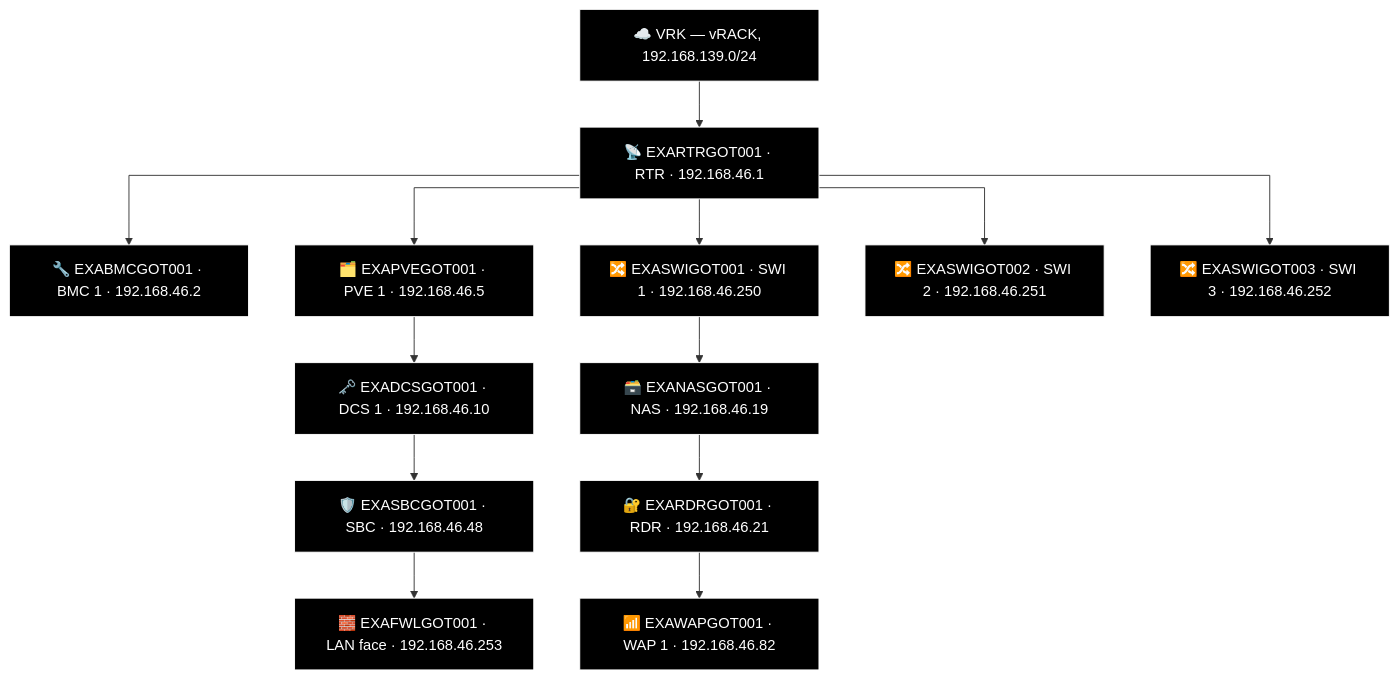
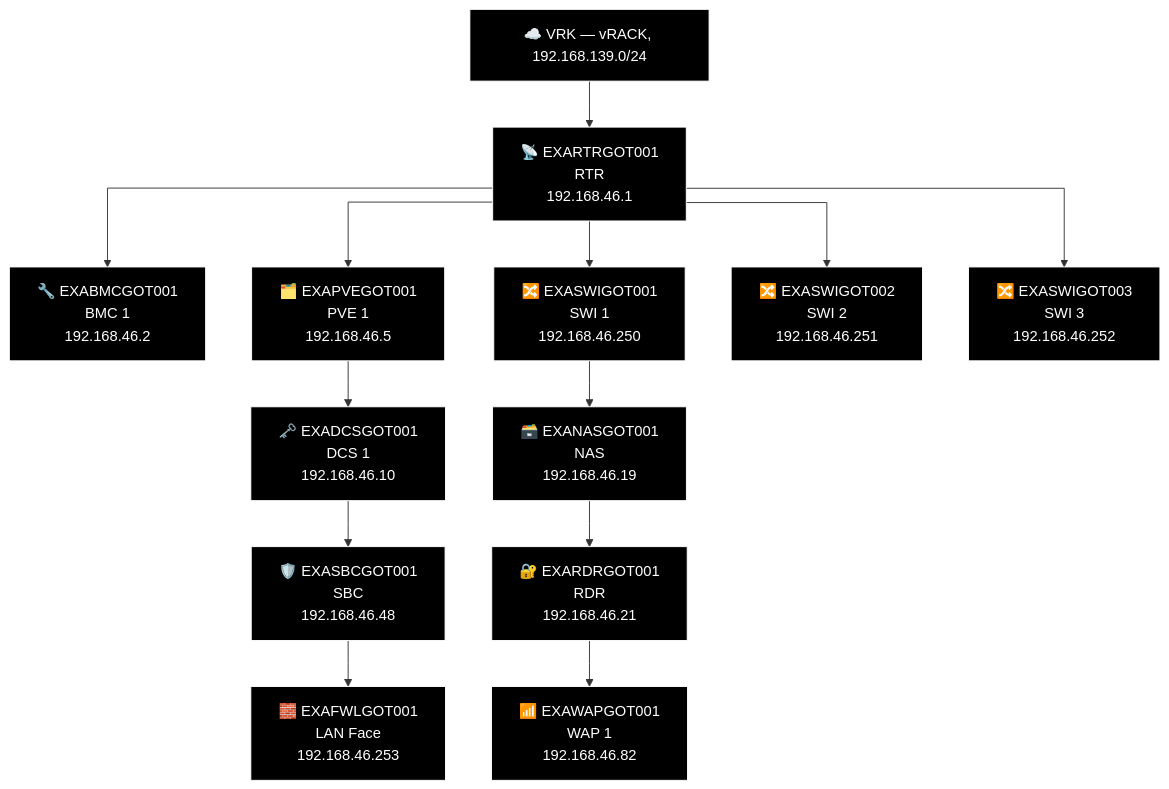
The second of 2 diagrams in docs/network-diagram/sverige.md (knightmare2600/example_music_infra), drawn with Mermaid before and after one commit. The commit also changed 18 other files, not shown here.

````diff
--- a/docs/network-diagram/sverige.md
+++ b/docs/network-diagram/sverige.md
@@ -42,40 +42,40 @@
 ```mermaid
 %% GENERATED:TOPOLOGY:GOT:START
 %%{init: {'flowchart': {'curve': 'stepAfter'}}}%%
 graph TD
     T_VRK["☁️ VRK — vRACK, 192.168.139.0/24"]
-    T_RTR["📡 EXARTRGOT001 · RTR · 192.168.46.1"]
+    T_RTR["📡 EXARTRGOT001<br/>RTR<br/>192.168.46.1"]
     T_VRK --> T_RTR
-    T_BMC["🔧 EXABMCGOT001 · BMC 1 · 192.168.46.2"]
+    T_BMC["🔧 EXABMCGOT001<br/>BMC 1<br/>192.168.46.2"]
     T_RTR --> T_BMC
-    T_PVE["🗂️ EXAPVEGOT001 · PVE 1 · 192.168.46.5"]
+    T_PVE["🗂️ EXAPVEGOT001<br/>PVE 1<br/>192.168.46.5"]
     T_RTR --> T_PVE
-    T_SWI["🔀 EXASWIGOT001 · SWI 1 · 192.168.46.250"]
+    T_SWI["🔀 EXASWIGOT001<br/>SWI 1<br/>192.168.46.250"]
     T_RTR --> T_SWI
-    T_SWI2["🔀 EXASWIGOT002 · SWI 2 · 192.168.46.251"]
+    T_SWI2["🔀 EXASWIGOT002<br/>SWI 2<br/>192.168.46.251"]
     T_RTR --> T_SWI2
-    T_SWI3["🔀 EXASWIGOT003 · SWI 3 · 192.168.46.252"]
+    T_SWI3["🔀 EXASWIGOT003<br/>SWI 3<br/>192.168.46.252"]
     T_RTR --> T_SWI3
-    T_NAS["🗃️ EXANASGOT001 · NAS · 192.168.46.19"]
-    T_RDR["🔐 EXARDRGOT001 · RDR · 192.168.46.21"]
-    T_WAP["📶 EXAWAPGOT001 · WAP 1 · 192.168.46.82"]
+    T_NAS["🗃️ EXANASGOT001<br/>NAS<br/>192.168.46.19"]
+    T_RDR["🔐 EXARDRGOT001<br/>RDR<br/>192.168.46.21"]
+    T_WAP["📶 EXAWAPGOT001<br/>WAP 1<br/>192.168.46.82"]
     T_SWI --> T_NAS --> T_RDR --> T_WAP
-    T_DCS["🗝️ EXADCSGOT001 · DCS 1 · 192.168.46.10"]
-    T_SBC["🛡️ EXASBCGOT001 · SBC · 192.168.46.48"]
-    T_FWL["🧱 EXAFWLGOT001 · LAN face · 192.168.46.253"]
+    T_DCS["🗝️ EXADCSGOT001<br/>DCS 1<br/>192.168.46.10"]
+    T_SBC["🛡️ EXASBCGOT001<br/>SBC<br/>192.168.46.48"]
+    T_FWL["🧱 EXAFWLGOT001<br/>LAN Face<br/>192.168.46.253"]
     T_PVE --> T_DCS --> T_SBC --> T_FWL
     style T_VRK fill:#000000,stroke:#FFFFFF,color:#FFFFFF
     style T_RTR fill:#000000,stroke:#FFFFFF,color:#FFFFFF
     style T_BMC fill:#000000,stroke:#FFFFFF,color:#FFFFFF
     style T_PVE fill:#000000,stroke:#FFFFFF,color:#FFFFFF
     style T_SWI fill:#000000,stroke:#FFFFFF,color:#FFFFFF
     style T_SWI2 fill:#000000,stroke:#FFFFFF,color:#FFFFFF
     style T_SWI3 fill:#000000,stroke:#FFFFFF,color:#FFFFFF
     style T_NAS fill:#000000,stroke:#FFFFFF,color:#FFFFFF
     style T_RDR fill:#000000,stroke:#FFFFFF,color:#FFFFFF
     style T_WAP fill:#000000,stroke:#FFFFFF,color:#FFFFFF
     style T_DCS fill:#000000,stroke:#FFFFFF,color:#FFFFFF
     style T_SBC fill:#000000,stroke:#FFFFFF,color:#FFFFFF
     style T_FWL fill:#000000,stroke:#FFFFFF,color:#FFFFFF
 %% GENERATED:TOPOLOGY:GOT:END
 ```
````
